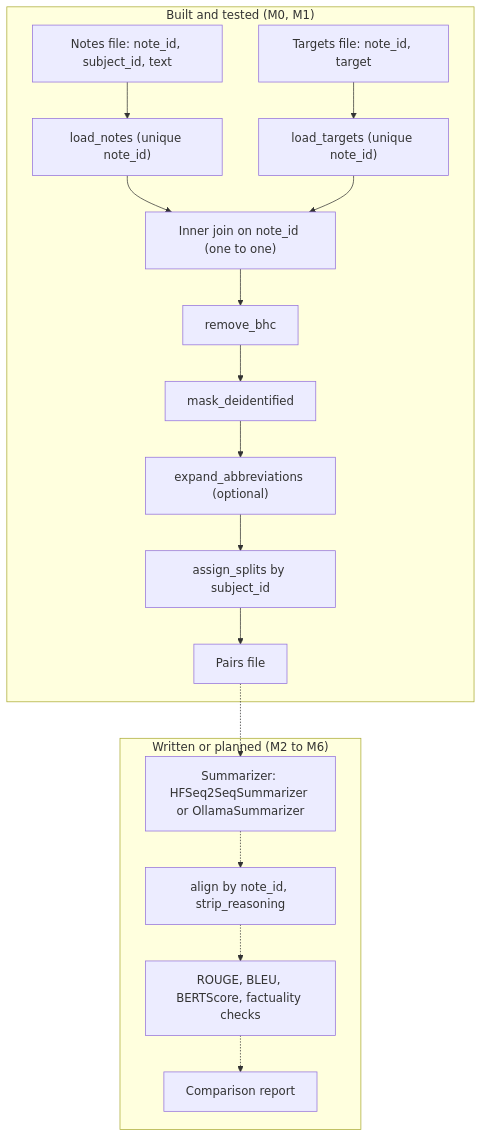
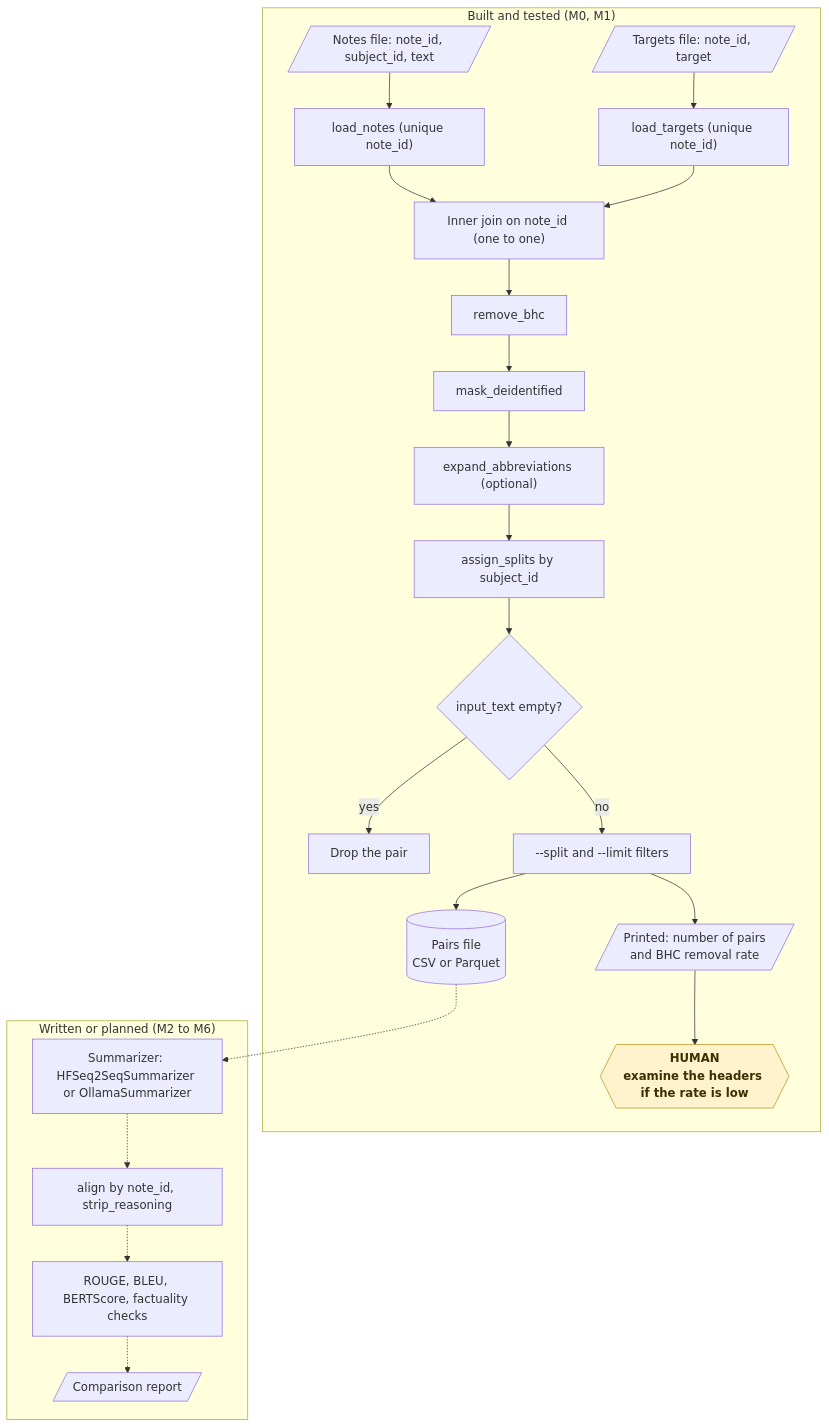
Before and after one commit to KrishnaAnnavaram/dischargebench: the fifth of 16 diagrams in README.md, drawn with Mermaid. The commit also changed other lines of this file, not shown here.

Commit message:
Add the workflow diagrams to the README

````diff
--- a/README.md
+++ b/README.md
@@ -213,17 +259,26 @@
 ```mermaid
-flowchart TB
+flowchart TD
     subgraph BUILT["Built and tested (M0, M1)"]
-        N["Notes file: note_id, subject_id, text"] --> LN["load_notes (unique note_id)"]
-        T["Targets file: note_id, target"] --> LT["load_targets (unique note_id)"]
+        N[/"Notes file: note_id, subject_id, text"/] --> LN["load_notes (unique note_id)"]
+        T[/"Targets file: note_id, target"/] --> LT["load_targets (unique note_id)"]
         LN --> J["Inner join on note_id (one to one)"]
         LT --> J
         J --> R["remove_bhc"] --> MK["mask_deidentified"] --> EX["expand_abbreviations (optional)"]
-        EX --> SP["assign_splits by subject_id"] --> P["Pairs file"]
+        EX --> SP["assign_splits by subject_id"]
+        SP --> EMP{"input_text empty?"}
+        EMP -- "yes" --> DROP["Drop the pair"]
+        EMP -- "no" --> FIL["--split and --limit filters"]
+        FIL --> P[("Pairs file<br/>CSV or Parquet")]
+        FIL --> RATE[/"Printed: number of pairs<br/>and BHC removal rate"/]
+        RATE --> HUMAN{{"HUMAN<br/>examine the headers if the rate is low"}}
     end
     subgraph PLANNED["Written or planned (M2 to M6)"]
         P -.-> S["Summarizer: HFSeq2SeqSummarizer or OllamaSummarizer"]
         S -.-> AL["align by note_id, strip_reasoning"]
         AL -.-> SC["ROUGE, BLEU, BERTScore, factuality checks"]
-        SC -.-> REP["Comparison report"]
+        SC -.-> REP[/"Comparison report"/]
     end
+
+    classDef human fill:#fff3cd,stroke:#b8901f,color:#3d2f00,font-weight:bold
+    class HUMAN human
 ```
````
